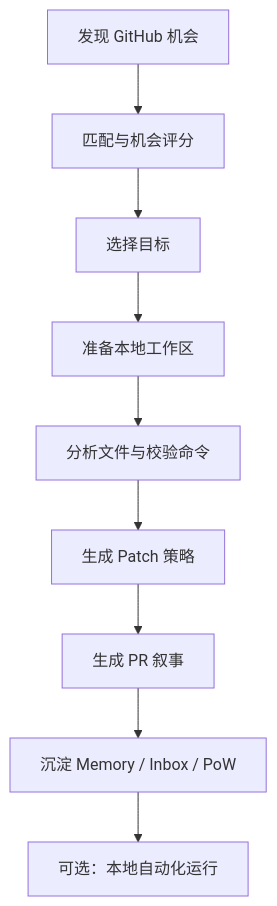
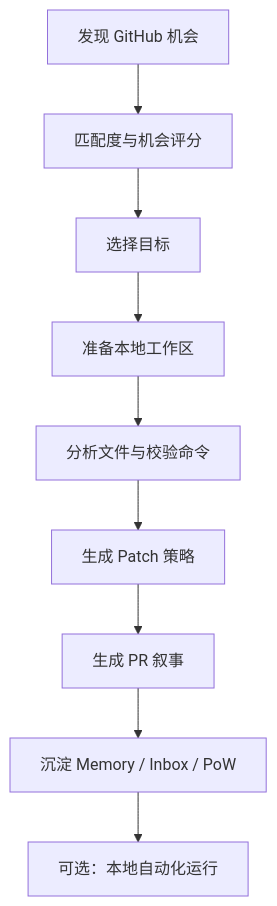
The diagram in README.zh-CN.md (dangzitou/openmeta-cli), drawn with Mermaid before and after one commit. The commit also changed other lines of this file and 1 other file, not shown here.

````diff
--- a/README.zh-CN.md
+++ b/README.zh-CN.md
@@ -120,11 +120,11 @@
 ```mermaid
 flowchart TD
-    A["发现 GitHub 机会"] --> B["匹配与机会评分"]
+    A["发现 GitHub 机会"] --> B["匹配度与机会评分"]
     B --> C["选择目标"]
     C --> D["准备本地工作区"]
     D --> E["分析文件与校验命令"]
     E --> F["生成 Patch 策略"]
     F --> G["生成 PR 叙事"]
     G --> H["沉淀 Memory / Inbox / PoW"]
     H --> I["可选：本地自动化运行"]
 ```
````
